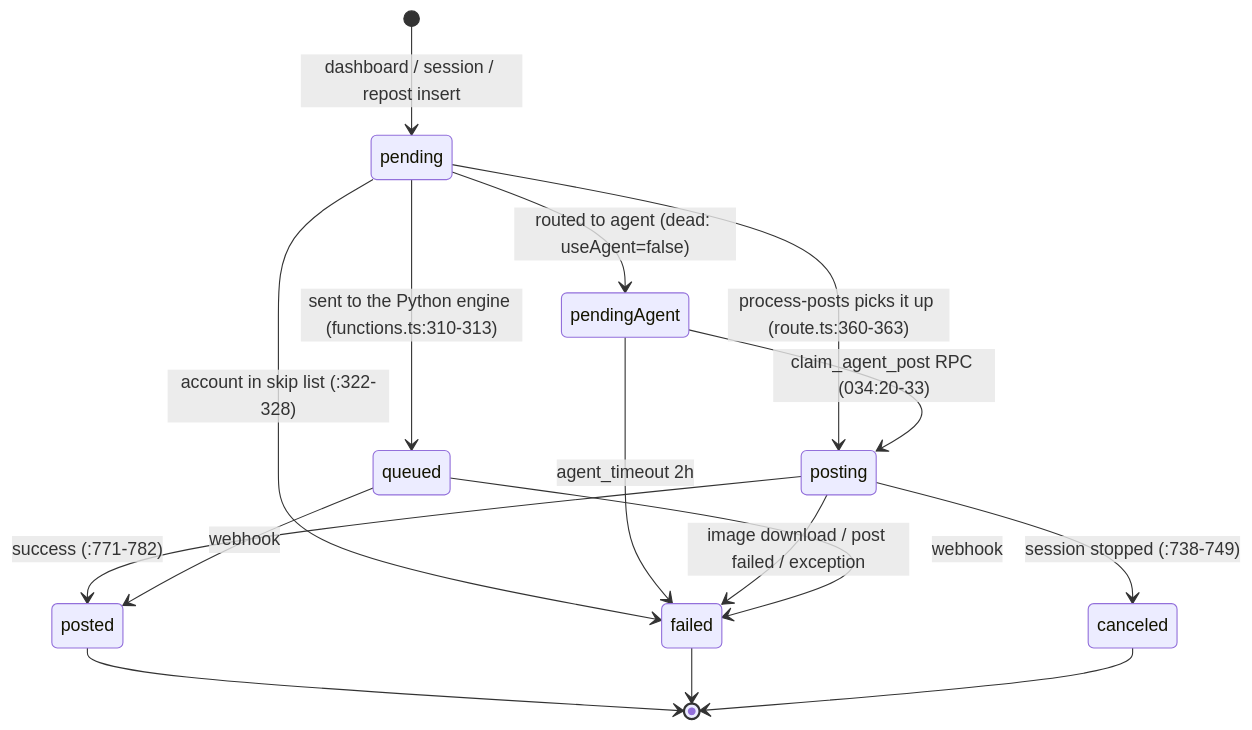
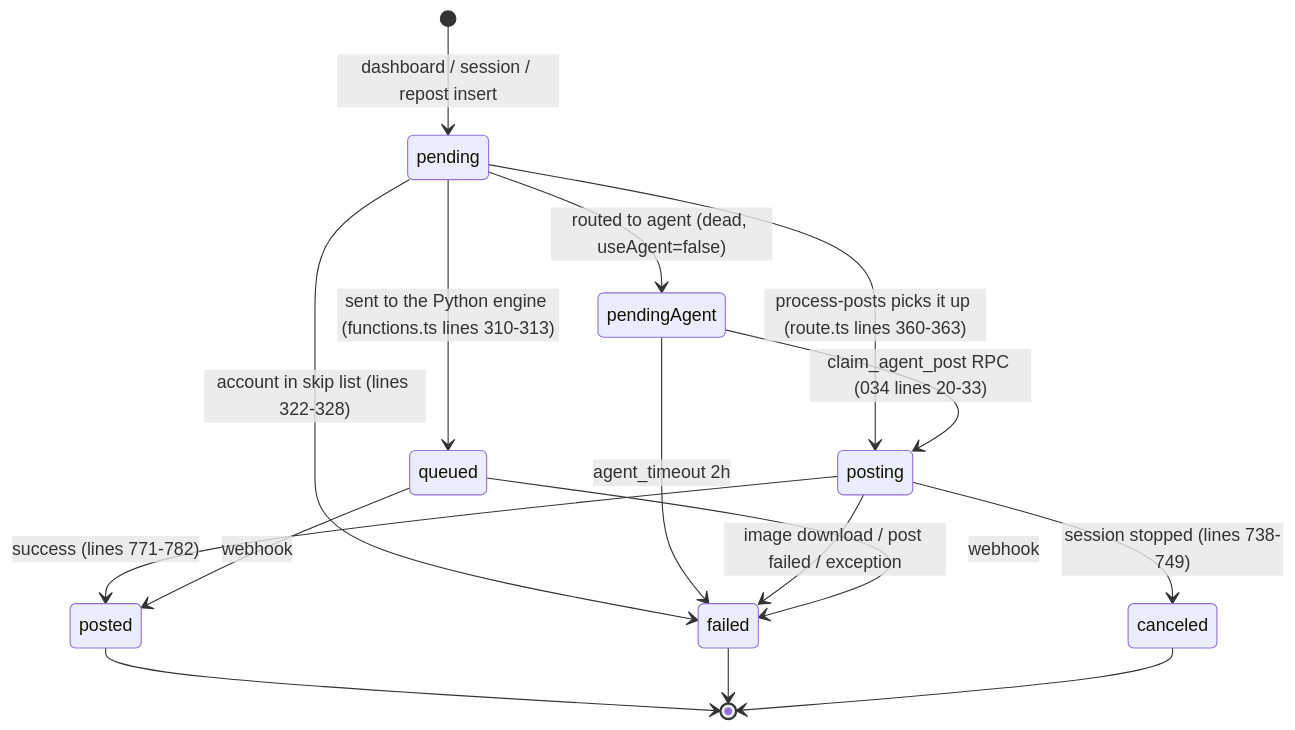
The second of 3 diagrams in docs/listingPublish/stateMachine.md (matthewdonsemail-lab/log), drawn with Mermaid before and after one commit. The commit also changed other lines of this file and 38 other files, not shown here.

Commit message:
docs: a steps diagram on every use case page, every Mermaid diagram parse-checked, and every gap linked to its issue

````diff
--- a/docs/listingPublish/stateMachine.md
+++ b/docs/listingPublish/stateMachine.md
@@ -52,18 +52,18 @@
 ```mermaid
 stateDiagram-v2
   [*] --> pending: dashboard / session / repost insert
-  pending --> posting: process-posts picks it up (route.ts:360-363)
-  pending --> failed: account in skip list (:322-328)
-  pending --> queued: sent to the Python engine (functions.ts:310-313)
-  pending --> pendingAgent: routed to agent (dead: useAgent=false)
-  pendingAgent --> posting: claim_agent_post RPC (034:20-33)
+  pending --> posting: process-posts picks it up (route.ts lines 360-363)
+  pending --> failed: account in skip list (lines 322-328)
+  pending --> queued: sent to the Python engine (functions.ts lines 310-313)
+  pending --> pendingAgent: routed to agent (dead, useAgent=false)
+  pendingAgent --> posting: claim_agent_post RPC (034 lines 20-33)
   pendingAgent --> failed: agent_timeout 2h
-  posting --> posted: success (:771-782)
+  posting --> posted: success (lines 771-782)
   posting --> failed: image download / post failed / exception
-  posting --> canceled: session stopped (:738-749)
+  posting --> canceled: session stopped (lines 738-749)
   queued --> posted: webhook
   queued --> failed: webhook
   posted --> [*]
   failed --> [*]
   canceled --> [*]
 ```
````
